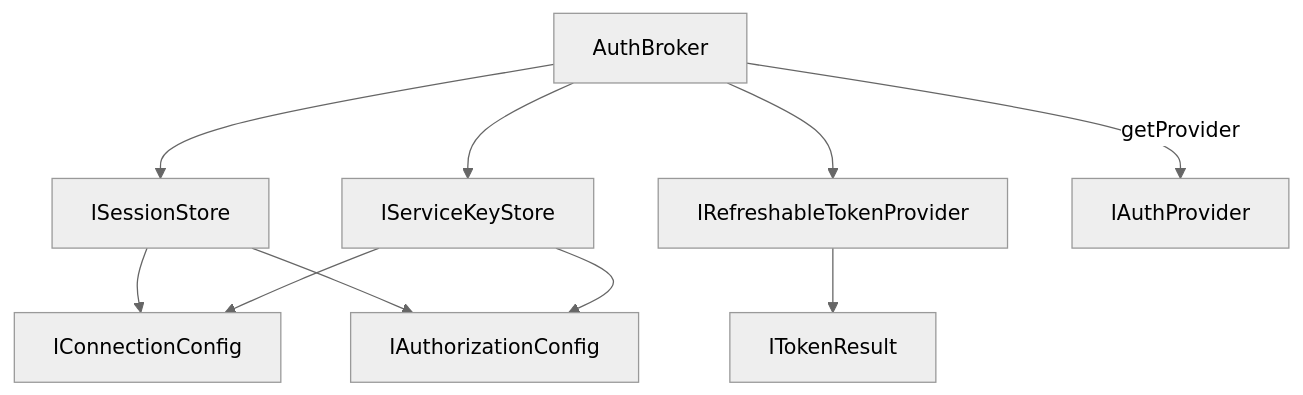
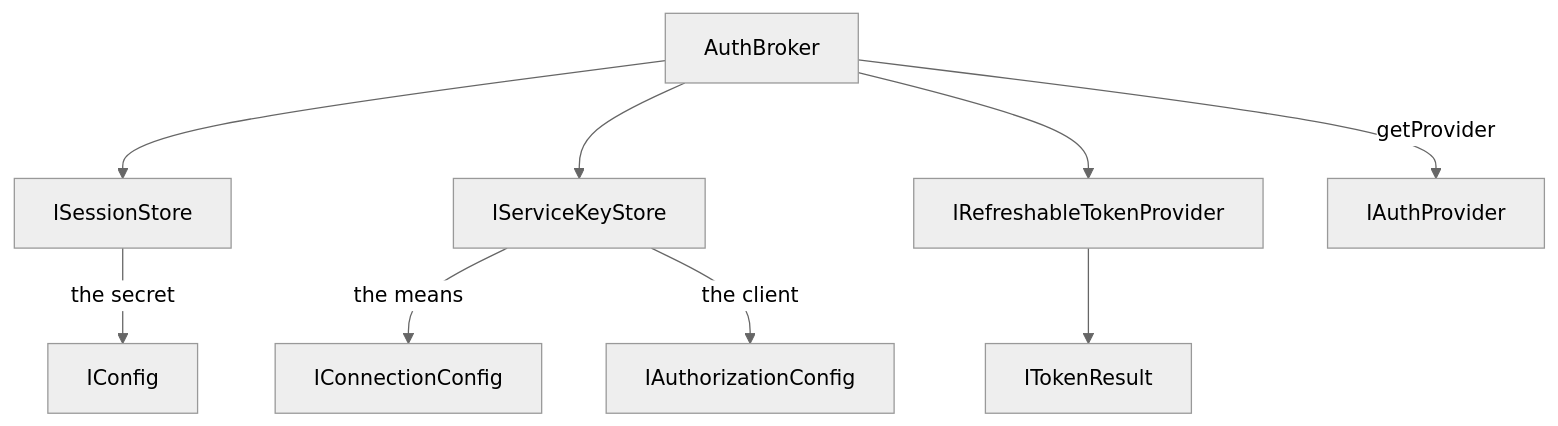
Before and after one commit to fr0ster/mcp-abap-adt-auth-broker: the diagram in docs/architecture/EXPORTS.md, drawn with Mermaid (neutral theme). The commit also changed other lines of this file and 13 other files, not shown here.

````diff
--- a/docs/architecture/EXPORTS.md
+++ b/docs/architecture/EXPORTS.md
@@ -154,12 +160,11 @@
 ```mermaid
 flowchart TD
   AB[AuthBroker] --> SS[ISessionStore]
   AB --> SK[IServiceKeyStore]
   AB --> TP[IRefreshableTokenProvider]
   AB -->|getProvider| AP[IAuthProvider]
-  SS --> IConn[IConnectionConfig]
-  SS --> IAuth[IAuthorizationConfig]
-  SK --> IConn
-  SK --> IAuth
+  SS -->|the secret| ICfg[IConfig]
+  SK -->|the means| IConn[IConnectionConfig]
+  SK -->|the client| IAuth[IAuthorizationConfig]
   TP --> IToken[ITokenResult]
 ```
````
